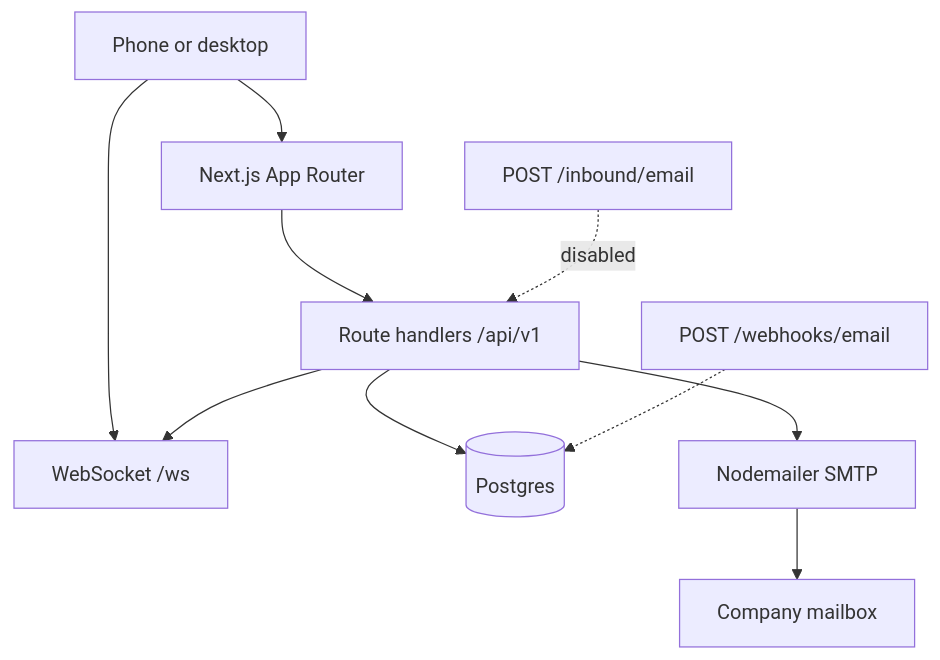
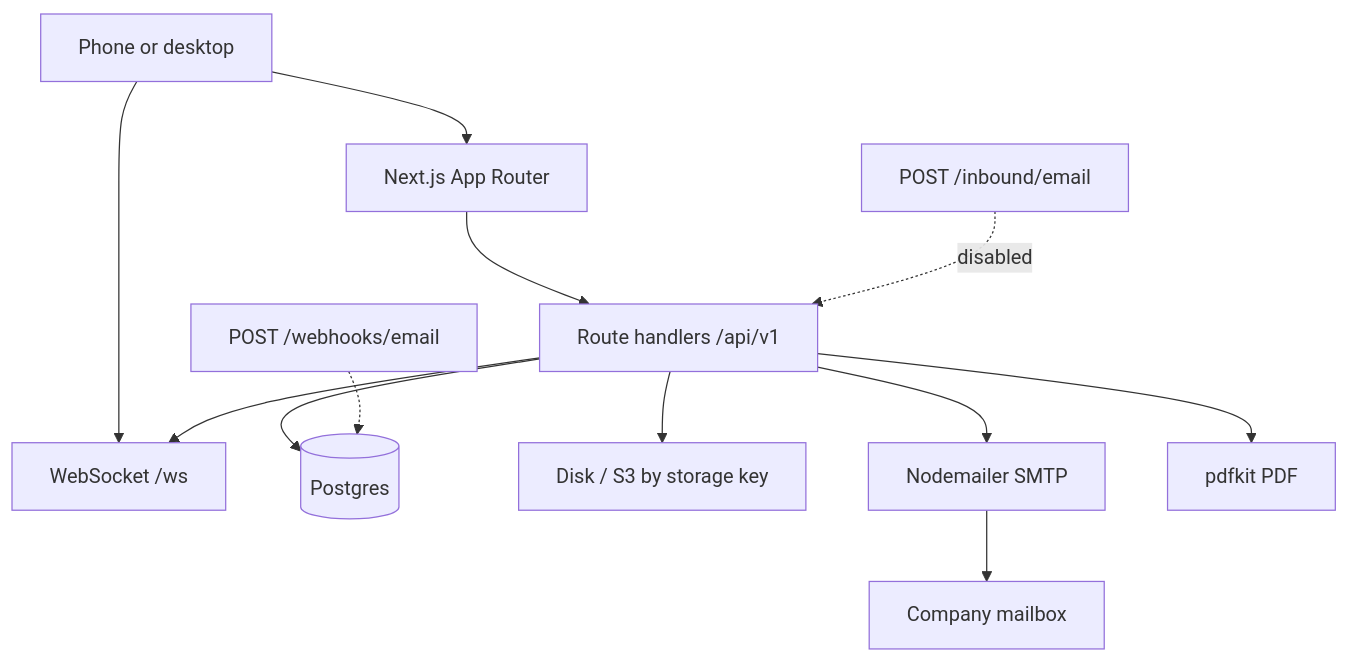
Before and after one commit to VCL-codebase1/resolve: the diagram in docs/architecture.md, drawn with Mermaid. The commit also changed other lines of this file and 25 other files, not shown here.

````diff
--- a/docs/architecture.md
+++ b/docs/architecture.md
@@ -9,12 +9,14 @@
 ```mermaid
 flowchart TB
   phone[Phone or desktop] --> next[Next.js App Router]
   phone --> ws[WebSocket /ws]
   next --> api[Route handlers /api/v1]
   api --> db[(Postgres)]
+  api --> files[Disk / S3 by storage key]
   api --> mail[Nodemailer SMTP]
+  api --> pdf[pdfkit PDF]
   api --> ws
   mail --> smtp[Company mailbox]
   hook[POST /webhooks/email] -.-> db
   inbound[POST /inbound/email] -.->|disabled| api
 ```
````
